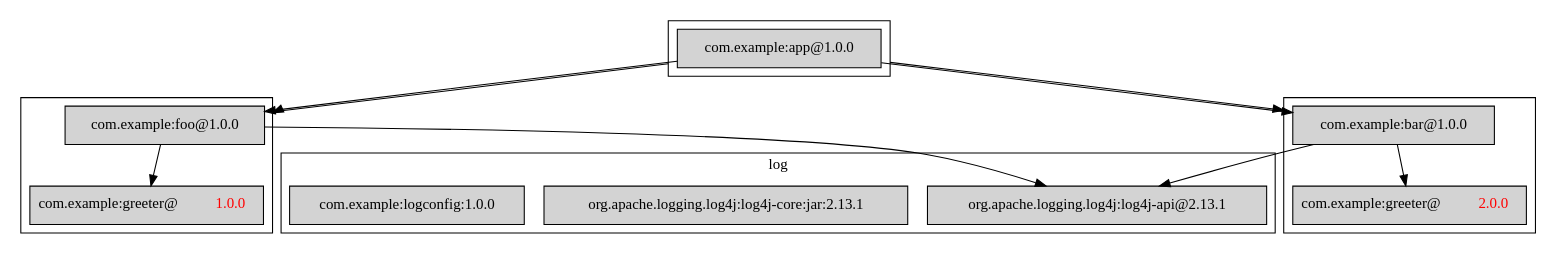
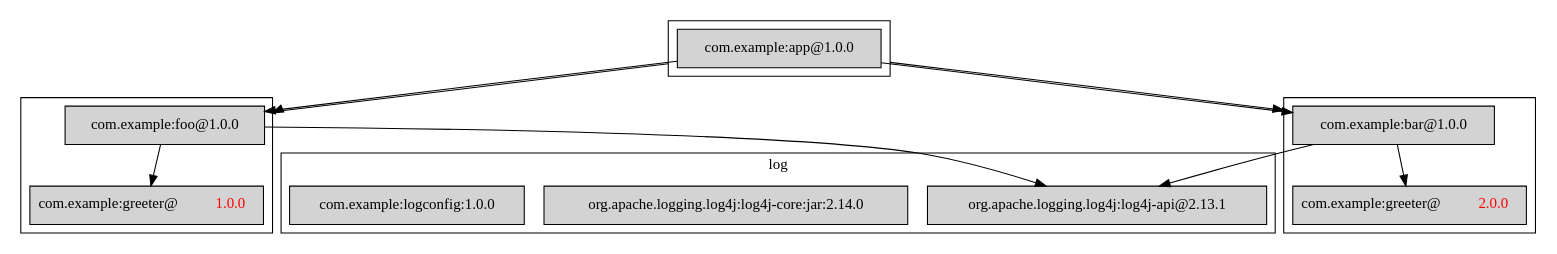
One commit to moditect/layrry changed the diagram in images/example.dot. Above: the diagram before and after it, drawn with Graphviz. The commit also changed 18 other files, not shown here.

```diff
--- a/images/example.dot
+++ b/images/example.dot
@@ -1,45 +1,45 @@
 
 
 
 digraph "package dependencies"
 {
     node [shape=box]
     compound=true;
     
     subgraph cluster_log {
         node [style=filled];
     	"org.apache.logging.log4j:log4j-api@2.13.1"
-    	"org.apache.logging.log4j:log4j-core:jar:2.13.1"
+    	"org.apache.logging.log4j:log4j-core:jar:2.14.0"
         "com.example:logconfig:1.0.0"
     	label = "log";
     }
     
     subgraph cluster_foo {
         node [style=filled];
         
         
         "com.example:foo@1.0.0";
         "com.example:greeter@1.0.0" [label=<com.example:greeter@<font color='red'>1.0.0</font>>];
         
         "com.example:foo@1.0.0" -> "org.apache.logging.log4j:log4j-api@2.13.1";
         "com.example:foo@1.0.0" -> "com.example:greeter@1.0.0";
     }
     
     subgraph cluster_bar {
         node [style=filled];
         
         "com.example:greeter@2.0.0" [label=<com.example:greeter@<font color='red'>2.0.0</font>>];
         "com.example:bar@1.0.0" -> "org.apache.logging.log4j:log4j-api@2.13.1";
         "com.example:bar@1.0.0" -> "com.example:greeter@2.0.0";
     }
     
     subgraph cluster_app {
         node [style=filled];
         
         "com.example:app@1.0.0"  -> "com.example:foo@1.0.0";
         "com.example:app@1.0.0"  -> "com.example:bar@1.0.0";
         
         "com.example:app@1.0.0"  -> "com.example:foo@1.0.0" [ltail=cluster_app,lhead=cluster_foo];
         "com.example:app@1.0.0"  -> "com.example:bar@1.0.0" [ltail=cluster_app,lhead=cluster_bar];
     }
 }
```
